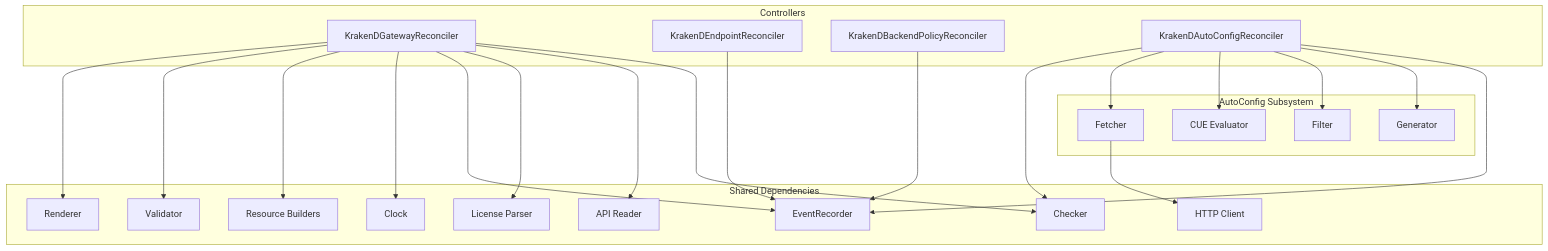
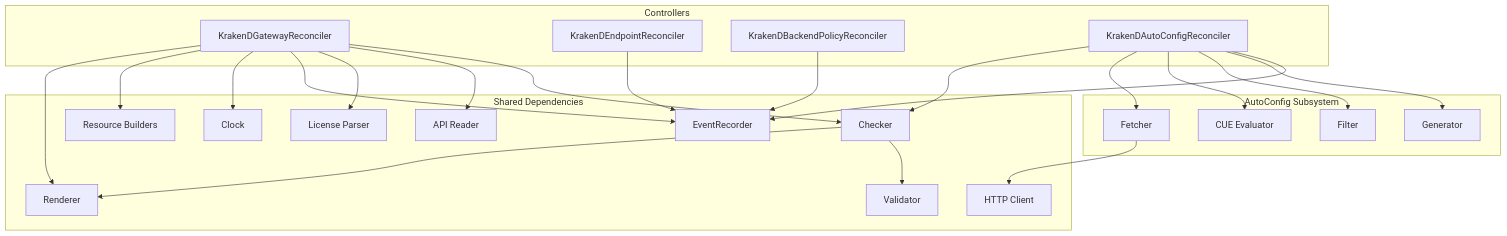
One commit to MyCarrier-DevOps/KrakenD-Operator changed the second of 10 diagrams in architecture/application/application-architecture.md. Above: the diagram before and after it, drawn with Mermaid. The commit also changed other lines of this file, not shown here.

````diff
--- a/architecture/application/application-architecture.md
+++ b/architecture/application/application-architecture.md
@@ -883,46 +895,47 @@
 ```mermaid
 graph TB
     subgraph "Controllers"
         GC[KrakenDGatewayReconciler]
         EC[KrakenDEndpointReconciler]
         PC[KrakenDBackendPolicyReconciler]
         ACC[KrakenDAutoConfigReconciler]
     end
 
     subgraph "Shared Dependencies"
         R[Renderer]
         V[Validator]
         RB[Resource Builders]
         CL[Clock]
         REC[EventRecorder]
         HC[HTTP Client]
         LP[License Parser]
         AR[API Reader]
         CK[Checker]
     end
 
     subgraph "AutoConfig Subsystem"
         FE[Fetcher]
         CUE_E[CUE Evaluator]
         FI[Filter]
         GEN[Generator]
     end
 
     GC --> R
-    GC --> V
     GC --> RB
     GC --> CL
     GC --> REC
     GC --> LP
     GC --> AR
     GC --> CK
+    CK --> R
+    CK --> V
     ACC --> CK
     ACC --> FE
     ACC --> CUE_E
     ACC --> FI
     ACC --> GEN
     ACC --> REC
     FE --> HC
     EC --> REC
     PC --> REC
 ```
````
